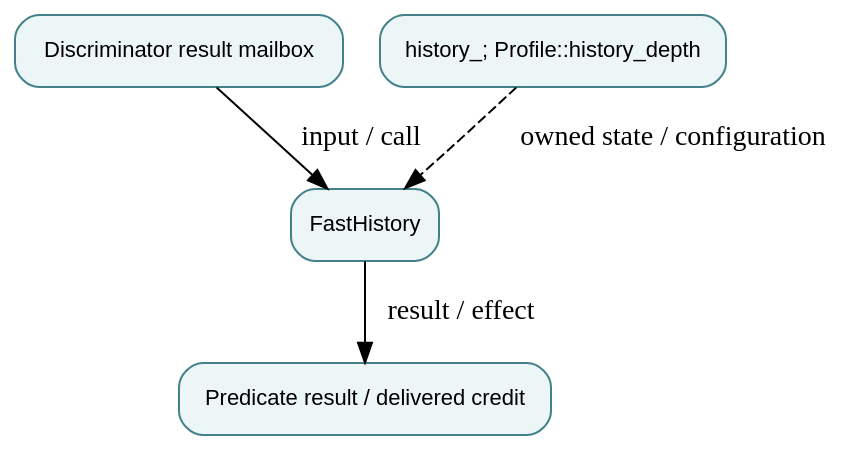
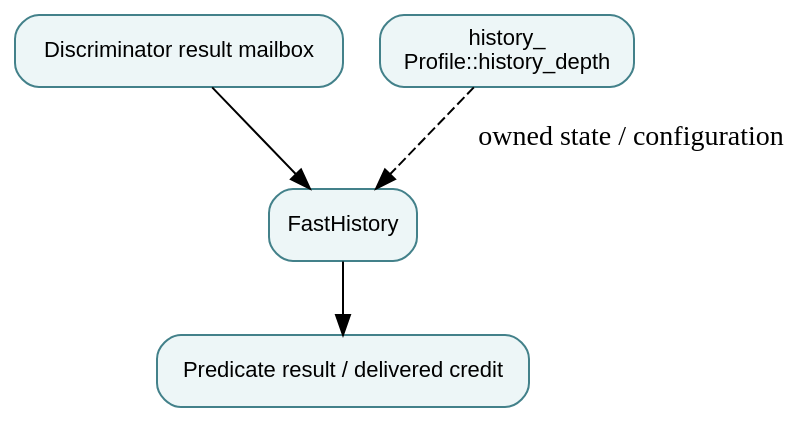
One commit to qsbit-org/qsbit-sim changed the diagram in docs/modules/fast-condition-history.md. Above: the diagram before and after it, drawn with Graphviz. The commit also changed other lines of this file and 41 other files, not shown here.

````diff
--- a/docs/modules/fast-condition-history.md
+++ b/docs/modules/fast-condition-history.md
@@ -17,11 +14,11 @@
 ```{graphviz}
 digraph module {
   rankdir=TB; bgcolor="transparent";
   node [shape=box, style="rounded,filled", fillcolor="#edf6f7", color="#43818a", fontname="sans-serif", fontsize=11];
   input [label="Discriminator result mailbox"];
   owner [label="FastHistory"];
-  state [label="history_; Profile::history_depth"];
+  state [label="history_\nProfile::history_depth"];
   output [label="Predicate result / delivered credit"];
-  input -> owner [label="input / call"]; owner -> output [label="result / effect"]; state -> owner [style=dashed, label="owned state / configuration"];
+  input -> owner; owner -> output; state -> owner [style=dashed, label="owned state / configuration"];
 }
 ```
````
